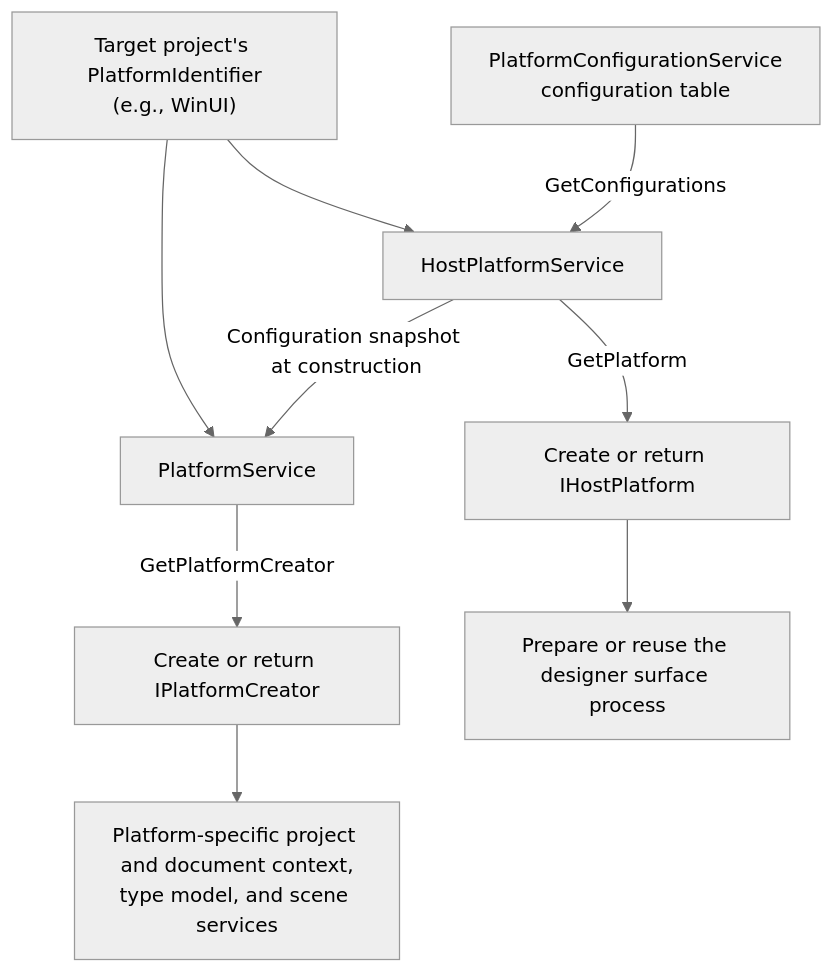
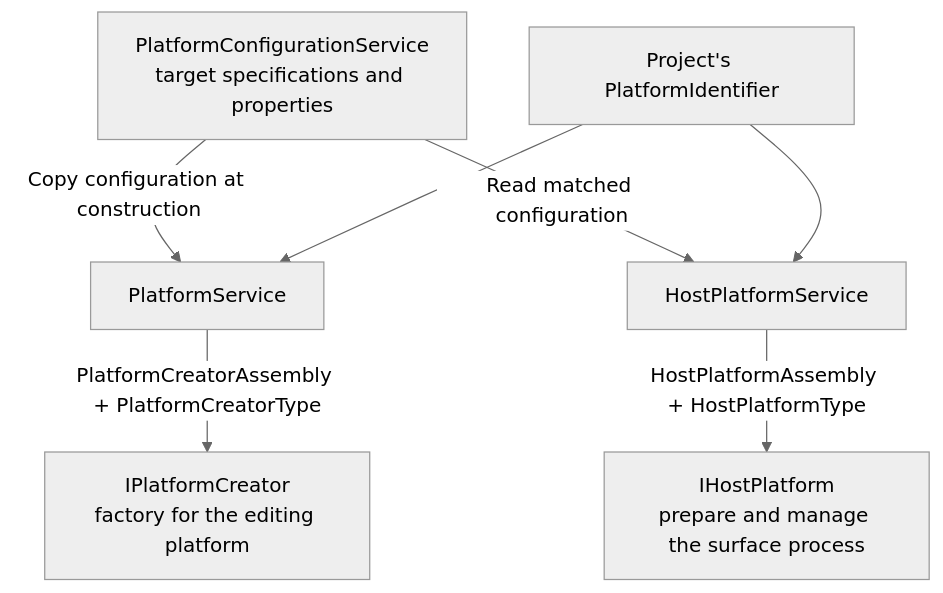
The fourth of 14 diagrams in README.md (0x5bfa/WinUIDesigner), drawn with Mermaid (neutral theme) before and after one commit. The commit also changed other lines of this file, not shown here.

````diff
--- a/README.md
+++ b/README.md
@@ -103,13 +158,9 @@
 ```mermaid
 flowchart TD
-    PCS["PlatformConfigurationService<br/>configuration table"] -->|GetConfigurations| HPS["HostPlatformService"]
-    HPS -->|Configuration snapshot at construction| PS["PlatformService"]
-    P["Target project's PlatformIdentifier<br/>(e.g., WinUI)"] --> PS
-    P --> HPS
-
-    PS -->|GetPlatformCreator| PC["Create or return IPlatformCreator"]
-    PC --> PI["Platform-specific project and document context,<br/>type model, and scene services"]
-
-    HPS -->|GetPlatform| HP["Create or return IHostPlatform"]
-    HP --> SP["Prepare or reuse the designer surface process"]
+    Config["PlatformConfigurationService<br/>target specifications and properties"] -->|Copy configuration at construction| Platforms["PlatformService"]
+    Config -->|Read matched configuration| Hosts["HostPlatformService"]
+    Target["Project's PlatformIdentifier"] --> Platforms
+    Target --> Hosts
+    Platforms -->|PlatformCreatorAssembly + PlatformCreatorType| Creator["IPlatformCreator<br/>factory for the editing platform"]
+    Hosts -->|HostPlatformAssembly + HostPlatformType| Host["IHostPlatform<br/>prepare and manage the surface process"]
 ```
````
